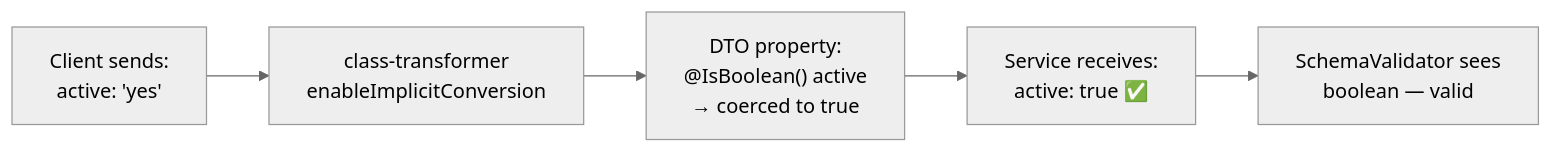
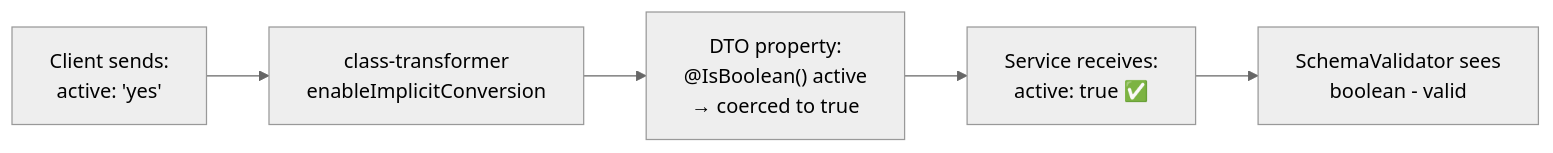
One commit to pranems/SCIMServer changed the sixth of 6 diagrams in docs/phases/PHASE_08_SCHEMA_VALIDATION.md. Above: the diagram before and after it, drawn with Mermaid (neutral theme). The commit also changed other lines of this file and 337 other files, not shown here.

````diff
--- a/docs/phases/PHASE_08_SCHEMA_VALIDATION.md
+++ b/docs/phases/PHASE_08_SCHEMA_VALIDATION.md
@@ -710,7 +710,7 @@
 ```mermaid
 flowchart LR
     A["Client sends:<br/>active: 'yes'"] --> B["class-transformer<br/>enableImplicitConversion"]
     B --> C["DTO property:<br/>@IsBoolean() active<br/>→ coerced to true"]
     C --> D["Service receives:<br/>active: true ✅"]
-    D --> E["SchemaValidator sees<br/>boolean — valid"]
+    D --> E["SchemaValidator sees<br/>boolean - valid"]
 ```
````
